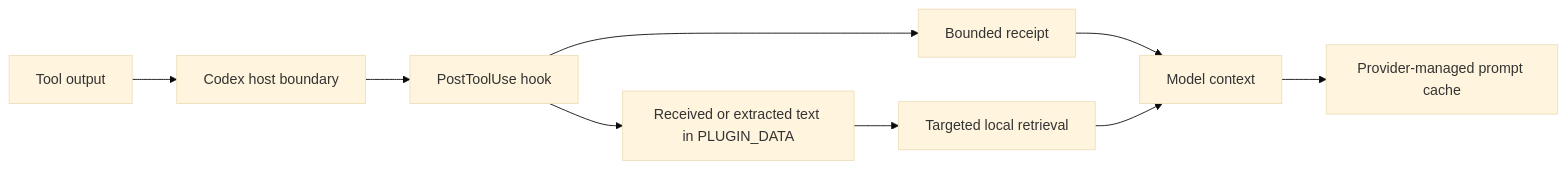
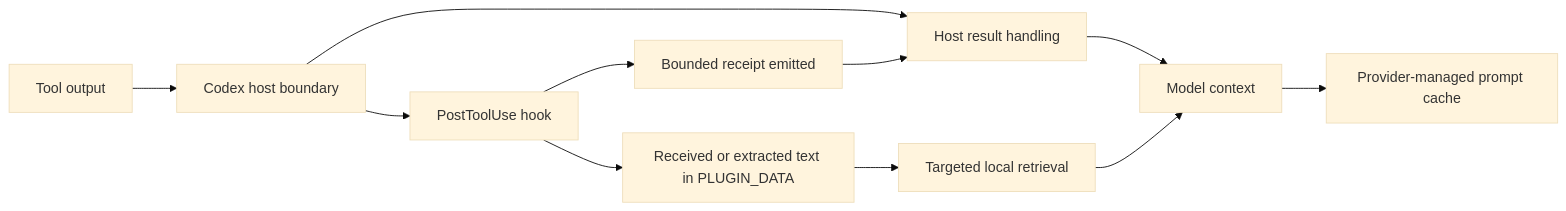
One commit to DmitrL-dev/SoLCodex changed the diagram in docs/research/2026-09-23-context-efficiency.md. Above: the diagram before and after it, drawn with Mermaid (base theme). The commit also changed other lines of this file and 8 other files, not shown here.

````diff
--- a/docs/research/2026-09-23-context-efficiency.md
+++ b/docs/research/2026-09-23-context-efficiency.md
@@ -9,11 +9,13 @@
 ```mermaid
 flowchart LR
   A[Tool output] --> B[Codex host boundary]
   B --> C[PostToolUse hook]
   C --> D[Received or extracted text in PLUGIN_DATA]
-  C --> E[Bounded receipt]
-  E --> F[Model context]
-  F --> G[Provider-managed prompt cache]
+  C --> E[Bounded receipt emitted]
+  B --> F[Host result handling]
+  E --> F
+  F --> G[Model context]
+  G --> I[Provider-managed prompt cache]
   D --> H[Targeted local retrieval]
-  H --> F
+  H --> G
 ```
````
